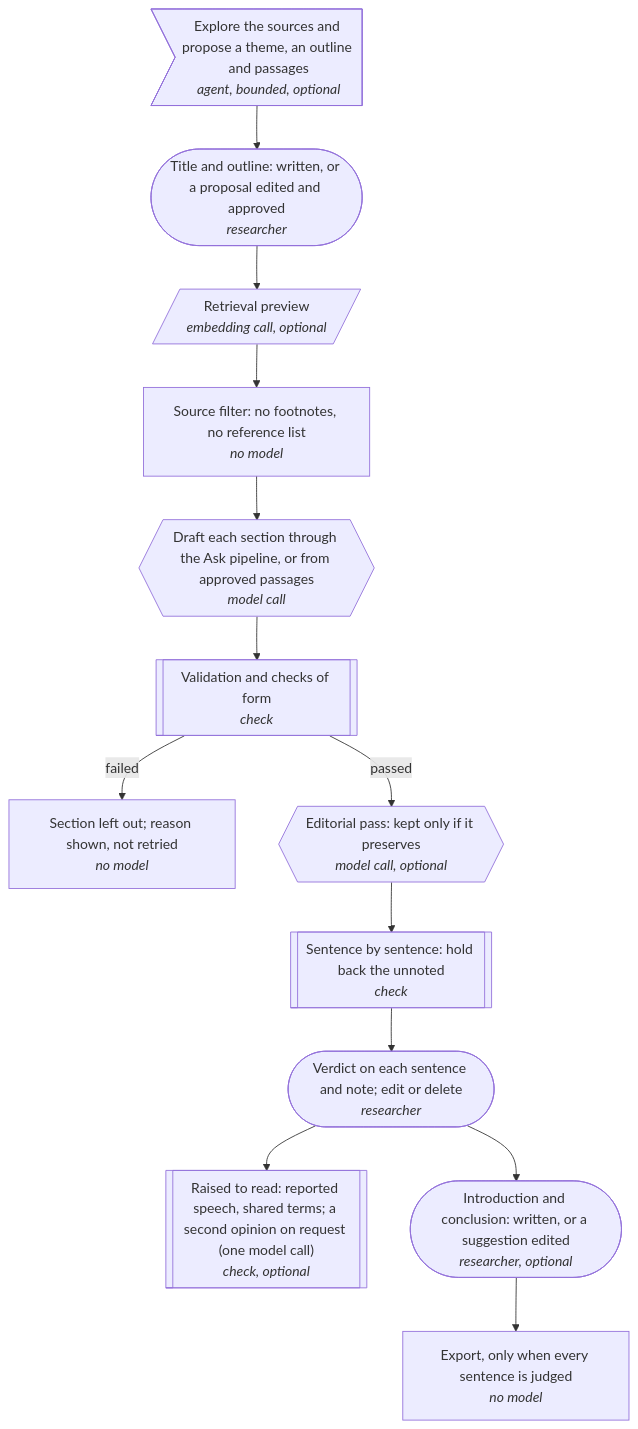
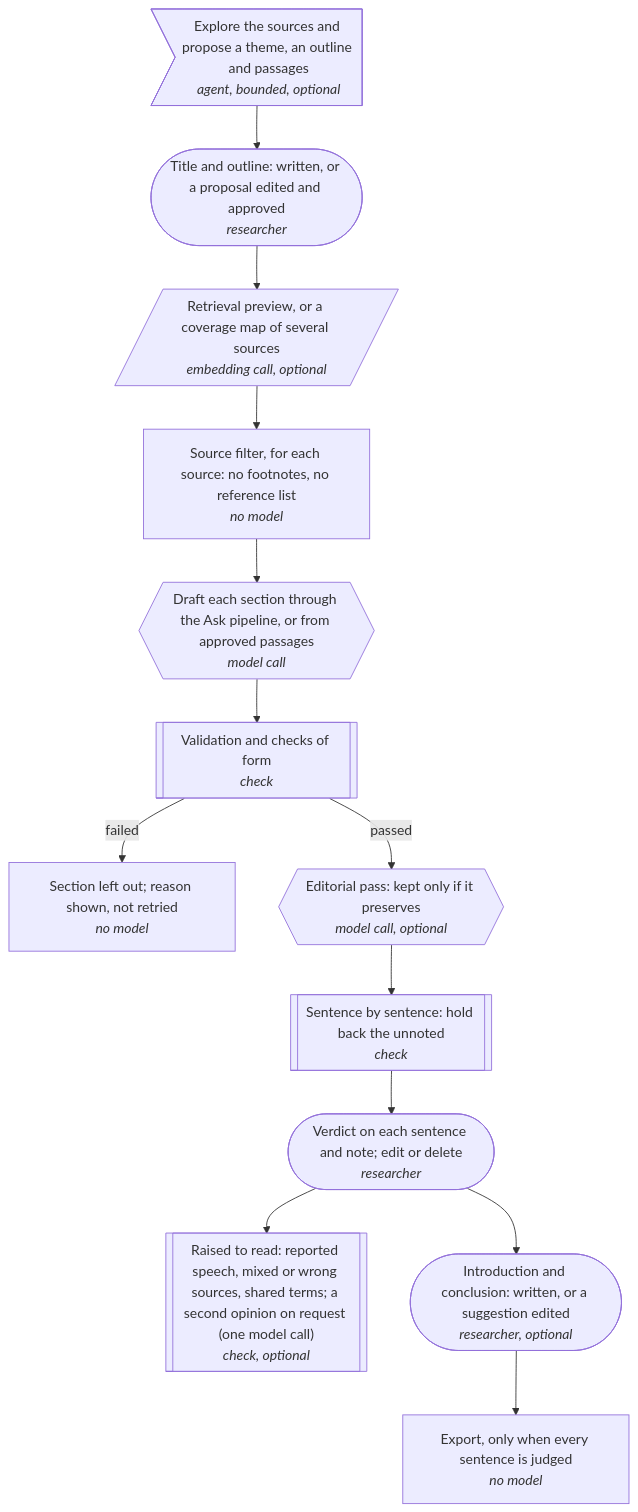
The second of 4 diagrams in docs/workflows.md (mattkari/source-grounded-rag), drawn with Mermaid before and after one commit. The commit also changed other lines of this file and 16 other files, not shown here.

First line of the commit message:
Sprint M3: the article writer over several sources

````diff
--- a/docs/workflows.md
+++ b/docs/workflows.md
@@ -55,28 +55,28 @@
 ```mermaid
 flowchart TD
     explore>"Explore the sources and propose a theme, an outline and passages<br/><i>agent, bounded, optional</i>"]
     outline(["Title and outline: written, or a proposal edited and approved<br/><i>researcher</i>"])
-    preview[/"Retrieval preview<br/><i>embedding call, optional</i>"/]
-    sources["Source filter: no footnotes, no reference list<br/><i>no model</i>"]
+    preview[/"Retrieval preview, or a coverage map of several sources<br/><i>embedding call, optional</i>"/]
+    sources["Source filter, for each source: no footnotes, no reference list<br/><i>no model</i>"]
     section{{"Draft each section through the Ask pipeline, or from approved passages<br/><i>model call</i>"}}
     checks[["Validation and checks of form<br/><i>check</i>"]]
     blocked["Section left out; reason shown, not retried<br/><i>no model</i>"]
     editorial{{"Editorial pass: kept only if it preserves<br/><i>model call, optional</i>"}}
     sentences[["Sentence by sentence: hold back the unnoted<br/><i>check</i>"]]
     review(["Verdict on each sentence and note; edit or delete<br/><i>researcher</i>"])
-    raised[["Raised to read: reported speech, shared terms; a second opinion on request (one model call)<br/><i>check, optional</i>"]]
+    raised[["Raised to read: reported speech, mixed or wrong sources, shared terms; a second opinion on request (one model call)<br/><i>check, optional</i>"]]
     frame(["Introduction and conclusion: written, or a suggestion edited<br/><i>researcher, optional</i>"])
     export["Export, only when every sentence is judged<br/><i>no model</i>"]
     explore --> outline
     outline --> preview
     preview --> sources
     sources --> section
     section --> checks
     checks -->|passed| editorial
     checks -->|failed| blocked
     editorial --> sentences
     sentences --> review
     review --> raised
     review --> frame
     frame --> export
 ```
````
